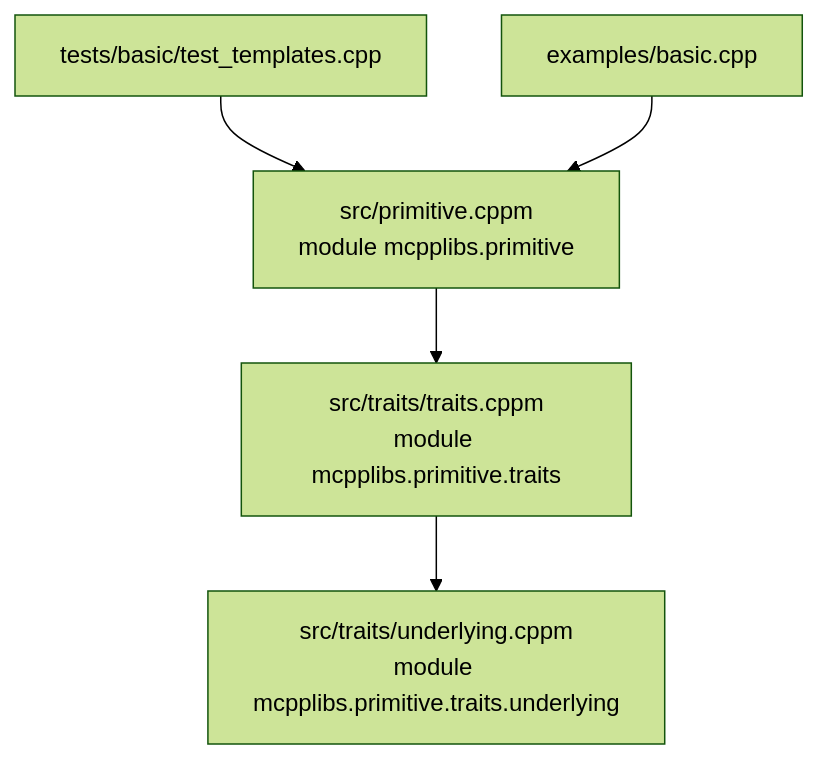
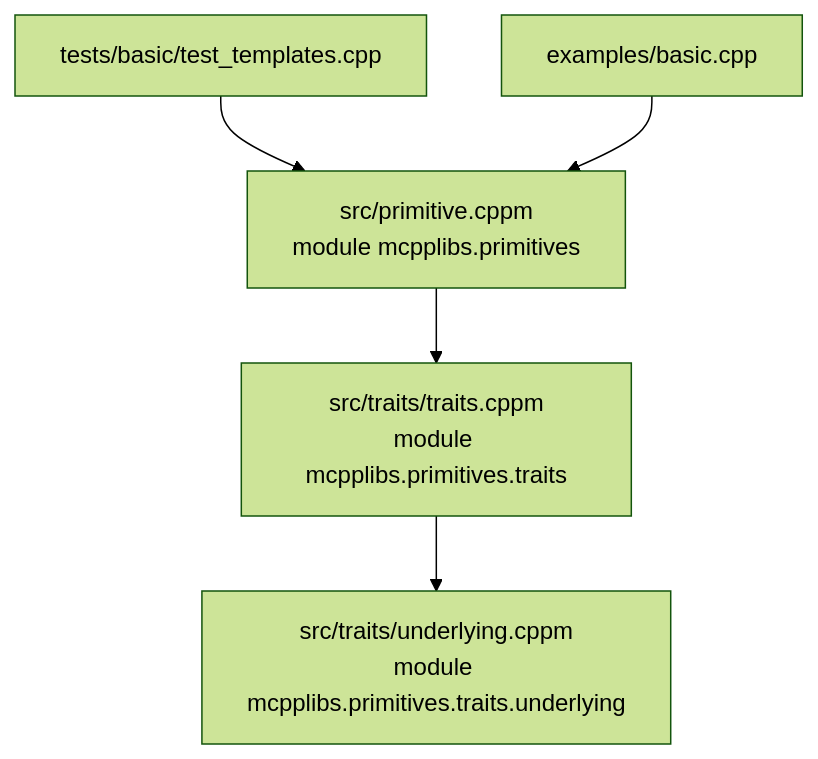
The diagram in .agents/docs/architecture.md (mcpplibs/primitives), drawn with Mermaid (forest theme) before and after one commit. The commit also changed other lines of this file and 1 other file, not shown here.

````diff
--- a/.agents/docs/architecture.md
+++ b/.agents/docs/architecture.md
@@ -37,7 +37,7 @@
 ```mermaid
 graph TD
-    A["src/primitive.cppm\nmodule mcpplibs.primitive"] --> B["src/traits/traits.cppm\nmodule mcpplibs.primitive.traits"]
-    B --> C["src/traits/underlying.cppm\nmodule mcpplibs.primitive.traits.underlying"]
-    T["tests/basic/test_templates.cpp"] --> A
-    E["examples/basic.cpp"] --> A
+  A["src/primitive.cppm\nmodule mcpplibs.primitives"] --> B["src/traits/traits.cppm\nmodule mcpplibs.primitives.traits"]
+  B --> C["src/traits/underlying.cppm\nmodule mcpplibs.primitives.traits.underlying"]
+  T["tests/basic/test_templates.cpp"] --> A
+  E["examples/basic.cpp"] --> A
 ```
````
